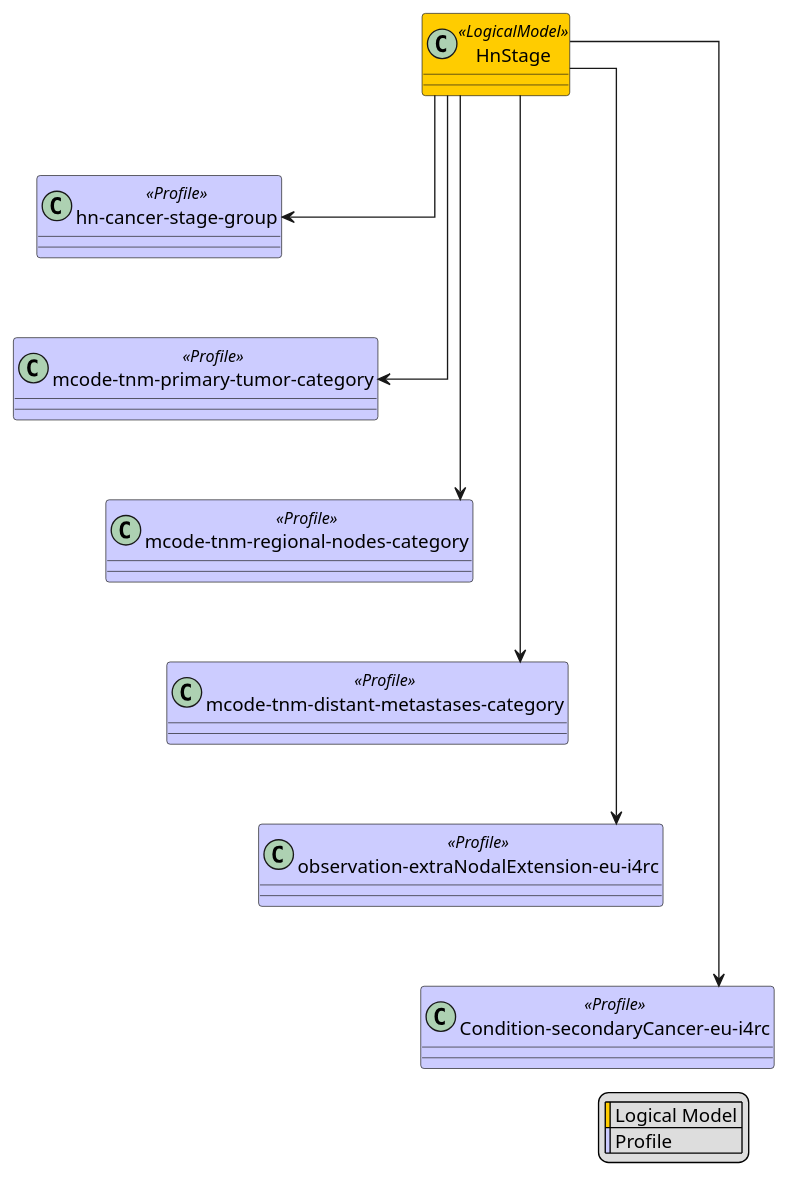
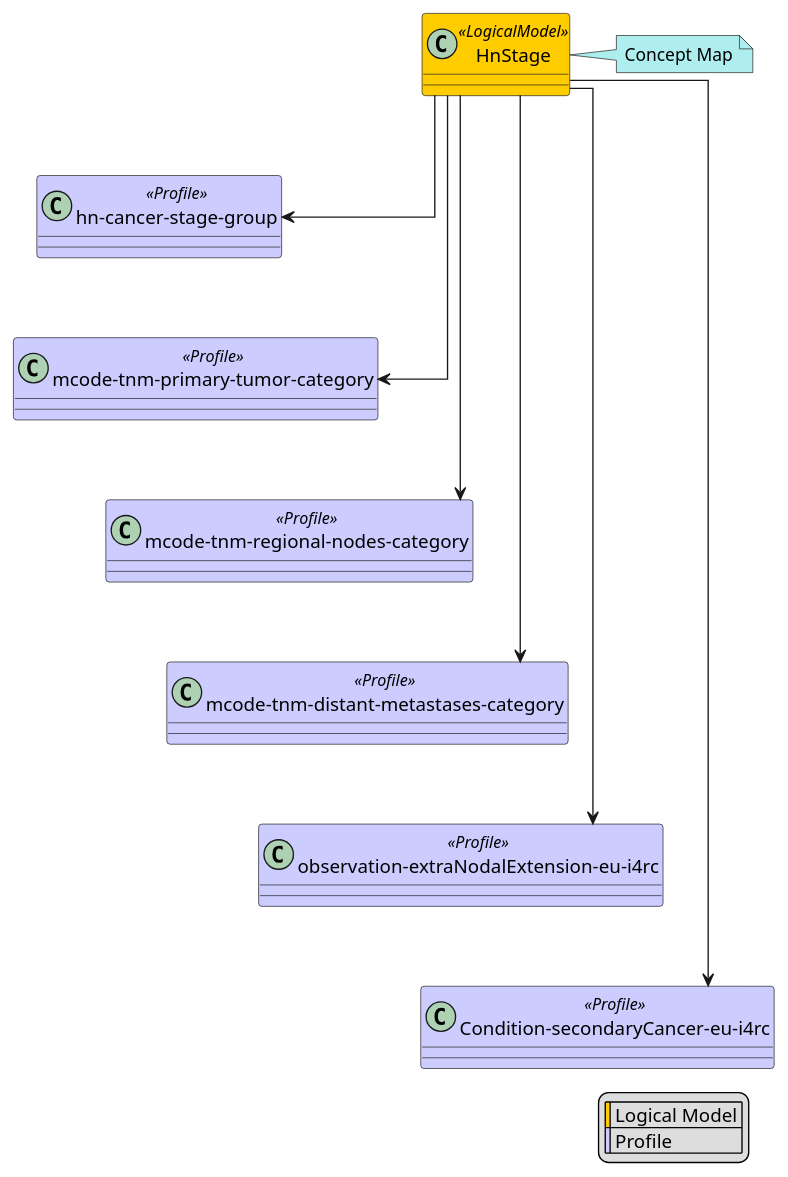
One commit to hl7-eu/idea4rc changed the diagram in input/images-source/map/HnStage-map.plantuml. Above: the diagram before and after it, drawn with PlantUML. The commit also changed 32 other files, not shown here.

```diff
--- a/input/images-source/map/HnStage-map.plantuml
+++ b/input/images-source/map/HnStage-map.plantuml
@@ -1,29 +1,32 @@
 @startuml
 skinparam class {
     BackgroundColor<<LogicalModel>> #FFCC00
     BackgroundColor<<Profile>> #CCCCFF
 }
 skinparam linetype ortho
 legend right
   | <#FFCC00> | Logical Model |
   | <#CCCCFF> | Profile |
 endlegend
 class "HnStage" <<LogicalModel>> [[StructureDefinition-HnStage.html]]
+note right #PaleTurquoise [[ConceptMap-hNstage2FHIR.html]]
+Concept Map
+endnote
 class "hn-cancer-stage-group" <<Profile>> [[StructureDefinition-hn-cancer-stage-group.html]]
 "HnStage" --> "hn-cancer-stage-group"
 class "mcode-tnm-primary-tumor-category" <<Profile>> [[StructureDefinition-mcode-tnm-primary-tumor-category.html]]
 "HnStage" --> "mcode-tnm-primary-tumor-category"
 "hn-cancer-stage-group" -[hidden]-> "mcode-tnm-primary-tumor-category"
 class "mcode-tnm-regional-nodes-category" <<Profile>> [[StructureDefinition-mcode-tnm-regional-nodes-category.html]]
 "HnStage" --> "mcode-tnm-regional-nodes-category"
 "mcode-tnm-primary-tumor-category" -[hidden]-> "mcode-tnm-regional-nodes-category"
 class "mcode-tnm-distant-metastases-category" <<Profile>> [[StructureDefinition-mcode-tnm-distant-metastases-category.html]]
 "HnStage" --> "mcode-tnm-distant-metastases-category"
 "mcode-tnm-regional-nodes-category" -[hidden]-> "mcode-tnm-distant-metastases-category"
 class "observation-extraNodalExtension-eu-i4rc" <<Profile>> [[StructureDefinition-observation-extraNodalExtension-eu-i4rc.html]]
 "HnStage" --> "observation-extraNodalExtension-eu-i4rc"
 "mcode-tnm-distant-metastases-category" -[hidden]-> "observation-extraNodalExtension-eu-i4rc"
 class "Condition-secondaryCancer-eu-i4rc" <<Profile>> [[StructureDefinition-Condition-secondaryCancer-eu-i4rc.html]]
 "HnStage" --> "Condition-secondaryCancer-eu-i4rc"
 "observation-extraNodalExtension-eu-i4rc" -[hidden]-> "Condition-secondaryCancer-eu-i4rc"
 @enduml
```
